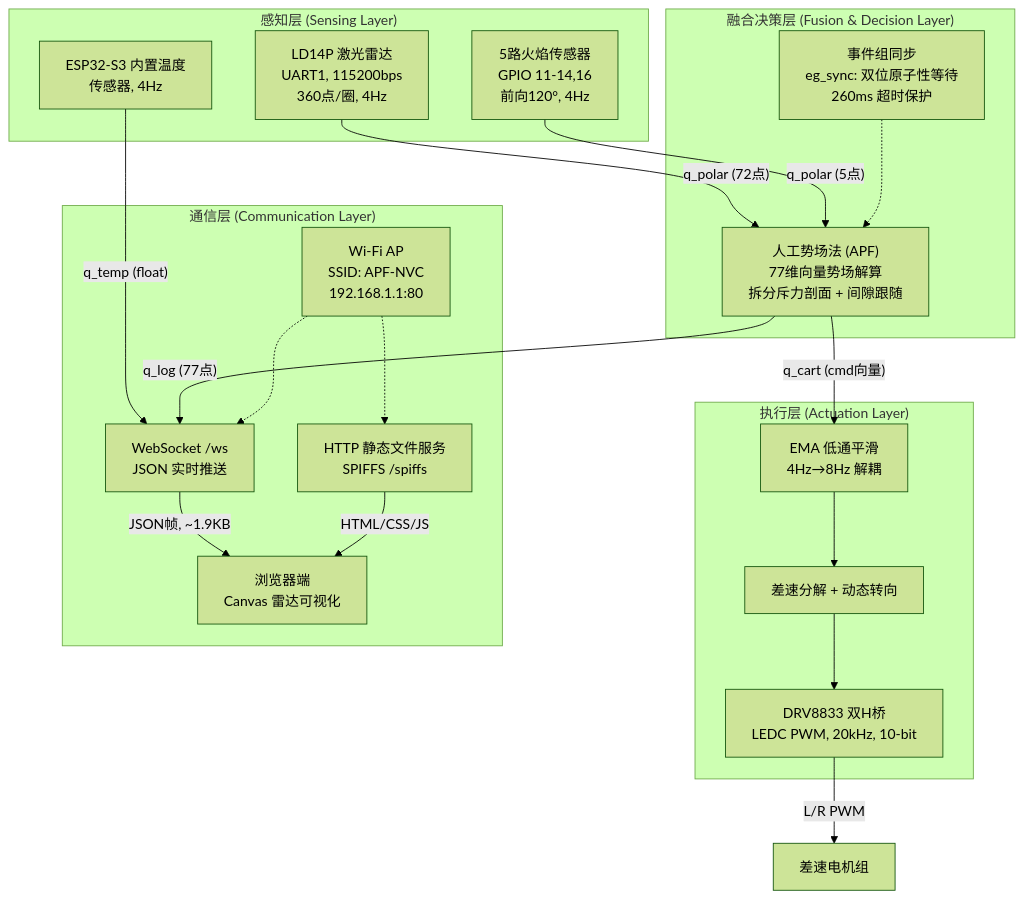
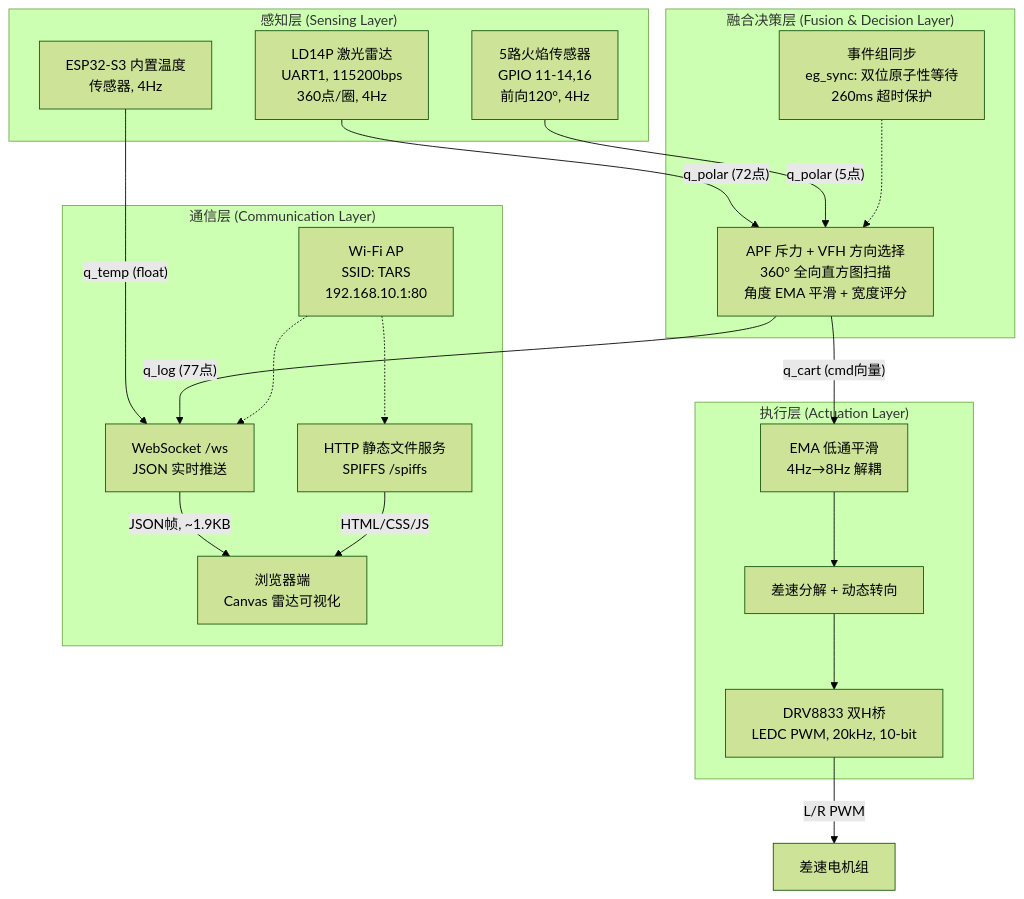
One commit to axwhizee/TARS changed the first of 2 diagrams in README.md. Above: the diagram before and after it, drawn with Mermaid (forest theme). The commit also changed other lines of this file and 14 other files, not shown here.

````diff
--- a/README.md
+++ b/README.md
@@ -86,40 +88,40 @@
 ```mermaid
 graph TB
     subgraph Sensing["感知层 (Sensing Layer)"]
         LIDAR["LD14P 激光雷达<br/>UART1, 115200bps<br/>360点/圈, 4Hz"]
         FLAME["5路火焰传感器<br/>GPIO 11-14,16<br/>前向120°, 4Hz"]
         TEMP["ESP32-S3 内置温度<br/>传感器, 4Hz"]
     end
 
     subgraph Fusion["融合决策层 (Fusion & Decision Layer)"]
-        APF["人工势场法 (APF)<br/>77维向量势场解算<br/>拆分斥力剖面 + 间隙跟随"]
+        APF["APF 斥力 + VFH 方向选择<br/>360° 全向直方图扫描<br/>角度 EMA 平滑 + 宽度评分"]
         SYNC["事件组同步<br/>eg_sync: 双位原子性等待<br/>260ms 超时保护"]
     end
 
     subgraph Actuation["执行层 (Actuation Layer)"]
         EMA["EMA 低通平滑<br/>4Hz→8Hz 解耦"]
         DIFF["差速分解 + 动态转向"]
         PWM["DRV8833 双H桥<br/>LEDC PWM, 20kHz, 10-bit"]
     end
 
     subgraph Comm["通信层 (Communication Layer)"]
-        AP["Wi-Fi AP<br/>SSID: APF-NVC<br/>192.168.1.1:80"]
+        AP["Wi-Fi AP<br/>SSID: TARS<br/>192.168.10.1:80"]
         WS["WebSocket /ws<br/>JSON 实时推送"]
         HTTP["HTTP 静态文件服务<br/>SPIFFS /spiffs"]
         BROWSER["浏览器端<br/>Canvas 雷达可视化"]
     end
 
     LIDAR -->|"q_polar (72点)"| APF
     FLAME -->|"q_polar (5点)"| APF
     TEMP -->|"q_temp (float)"| WS
     APF -->|"q_cart (cmd向量)"| EMA
     APF -->|"q_log (77点)"| WS
     SYNC -.-> APF
     EMA --> DIFF
     DIFF --> PWM
     PWM -->|"L/R PWM"| MOTOR["差速电机组"]
     WS -->|"JSON帧, ~1.9KB"| BROWSER
     HTTP -->|"HTML/CSS/JS"| BROWSER
     AP -.-> WS
     AP -.-> HTTP
 ```
````
